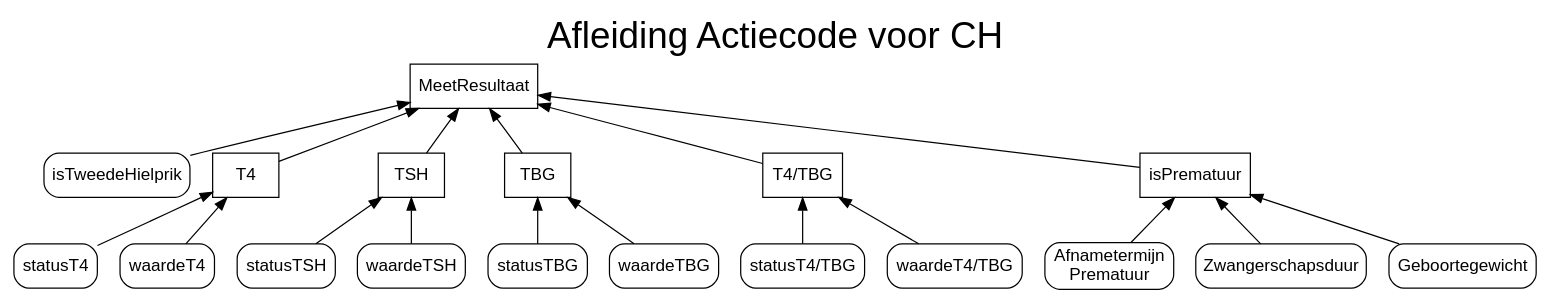
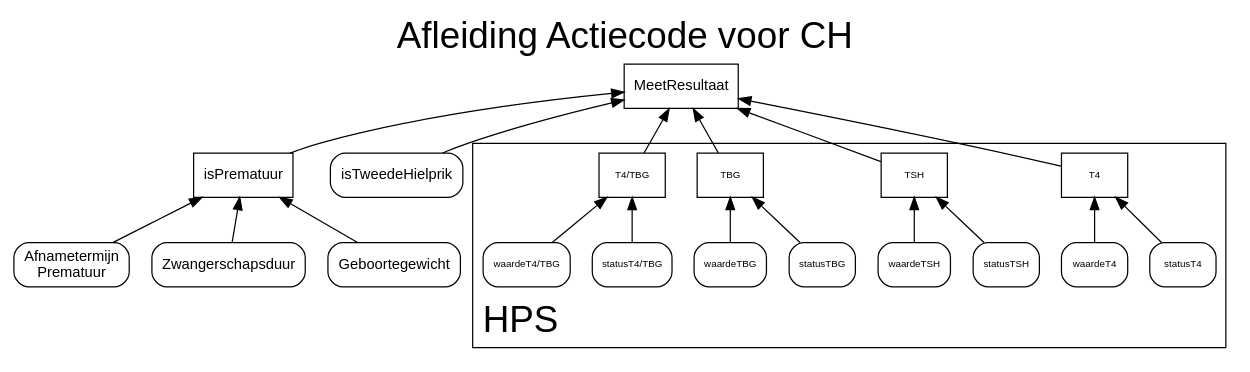
One commit to hanjoosten/KOGITO-8362 changed the diagram in src/main/resources/nhs-dmn/CH.gv. Above: the diagram before and after it, drawn with Graphviz.

Commit message:
graphviz bestandje geactualiseerd

```diff
--- a/src/main/resources/nhs-dmn/CH.gv
+++ b/src/main/resources/nhs-dmn/CH.gv
@@ -1,71 +1,79 @@
 digraph mygraph {
   rankdir="BT"
   fontname="Helvetica,Arial,sans-serif"
   concentrate=true
 graph [charset="UTF-8"
        fontsize=30
        labelloc="t" 
        label="Afleiding Actiecode voor CH" 
        layout="dot"
        splines=true 
        overlap=false 
-       rankdir = "BT"];
+       rankdir = "BT"]
 
   node [fontname="Helvetica,Arial,sans-serif"
-        shape=Mrecord]
+        shape=Mrecord
+        fontsize=12]
   edge [fontname="Helvetica,Arial,sans-serif"]
-  
+  subgraph cluster_0 {
+    label = "HPS";
+    node [fontsize=8];
+    labelloc="t"
+    labeljust=l
+
+  T4 [shape=box]
+  statusT4 -> T4
+  waardeT4 -> T4
+
+  TSH [shape=box]
+  statusTSH -> TSH
+  waardeTSH -> TSH
+
+  TBG [shape=box]
+  statusTBG -> TBG
+  waardeTBG -> TBG
+
+  "T4/TBG" [shape=box]
+  "statusT4/TBG" -> "T4/TBG"
+  "waardeT4/TBG" -> "T4/TBG"
+
+  }
 
   // Actiecode [shape=box]
   // isAfwijkend -> Actiecode
   // isDubieus -> Actiecode
   // isTevroegGeprikt -> Actiecode
   // BTNavraagNodig -> Actiecode
 
   isPrematuur [shape=box]
   "Afnametermijn\nPrematuur" -> isPrematuur
   Zwangerschapsduur -> isPrematuur
   Geboortegewicht -> isPrematuur
 
 
   MeetResultaat [shape=box]
   isPrematuur -> MeetResultaat
   isTweedeHielprik -> MeetResultaat
   T4 -> MeetResultaat
   TSH -> MeetResultaat
   TBG -> MeetResultaat
   "T4/TBG" -> MeetResultaat
   
   // BTNavraagNodig [shape=box]
   // ErWasEenBT -> BTNavraagNodig
   // VoldoendeTijdBT -> BTNavraagNodig
   // TypeBT -> BTNavraagNodig
 
   // VoldoendeTijdBT [shape=box]
   // "BTDatum(Tijd)" -> VoldoendeTijdBT
   // "AfnameDatum(Tijd)" -> VoldoendeTijdBT
 
   // isTevroegGeprikt [shape=box]
   // "GeboorteDatum(Tijd)" -> isTevroegGeprikt
   // "AfnameDatum(Tijd)" -> isTevroegGeprikt
 
 
-  T4 [shape=box]
-  statusT4 -> T4
-  waardeT4 -> T4
-
-  TSH [shape=box]
-  statusTSH -> TSH
-  waardeTSH -> TSH
-
-  TBG [shape=box]
-  statusTBG -> TBG
-  waardeTBG -> TBG
-
-  "T4/TBG" [shape=box]
-  "statusT4/TBG" -> "T4/TBG"
-  "waardeT4/TBG" -> "T4/TBG"
 
 
 
  }
```
